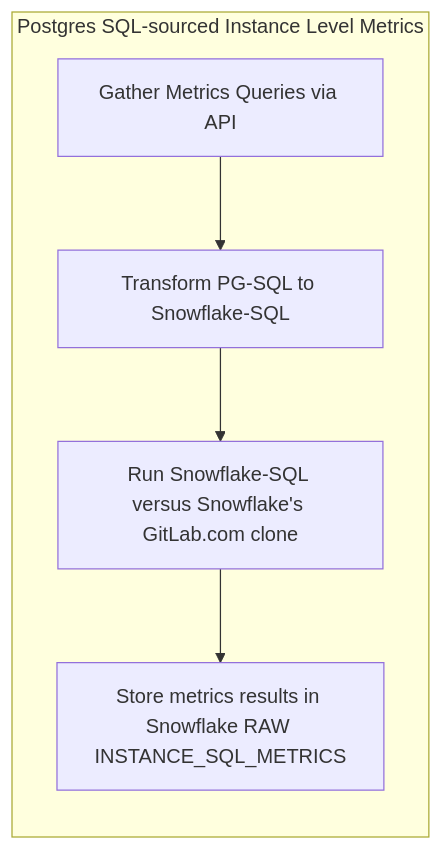
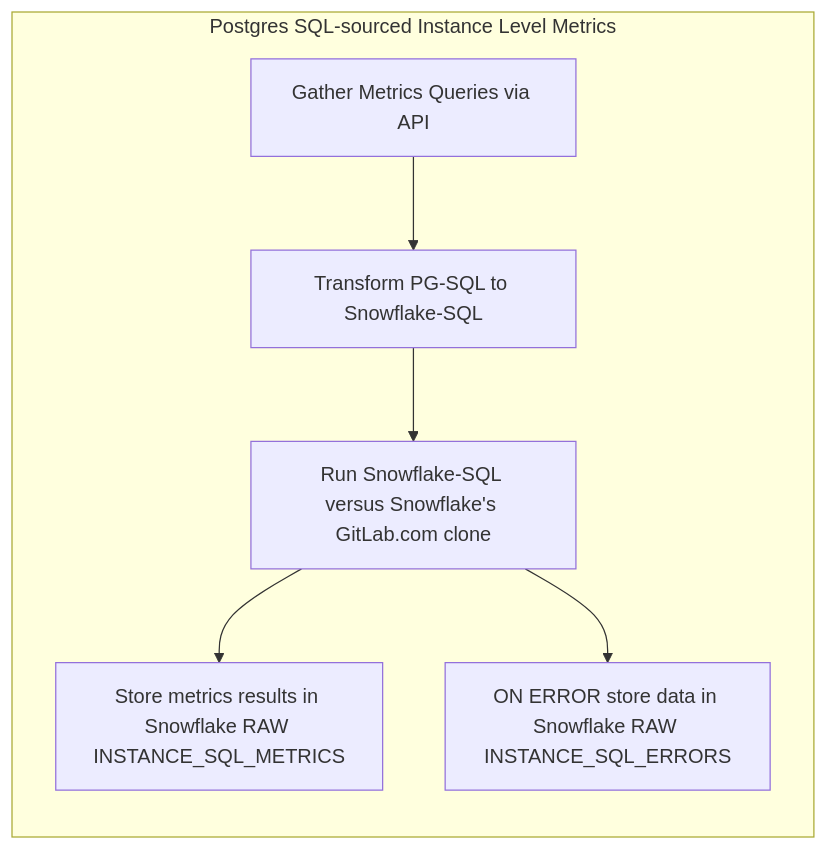
The first of 3 diagrams in business-technology/data-team/data-catalog/saas-service-ping-automation/index.html.md (secretstartups/handbook), drawn with Mermaid before and after one commit. The commit also changed other lines of this file, not shown here.

Commit message:
Add INSTANCE_SQL_ERRORS table into the page.

````diff
--- a/business-technology/data-team/data-catalog/saas-service-ping-automation/index.html.md
+++ b/business-technology/data-team/data-catalog/saas-service-ping-automation/index.html.md
@@ -73,8 +73,9 @@
 ```mermaid
 graph LR
 subgraph Postgres SQL-sourced Instance Level Metrics
 B[Gather Metrics Queries via API] --> C[Transform PG-SQL to Snowflake-SQL]
 C --> D[Run Snowflake-SQL versus Snowflake's GitLab.com clone]
 D --> E[Store metrics results in Snowflake RAW INSTANCE_SQL_METRICS]
+D --> F[ON ERROR store data in Snowflake RAW INSTANCE_SQL_ERRORS]
 end
 ```
````
